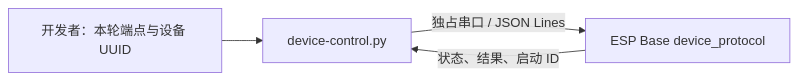
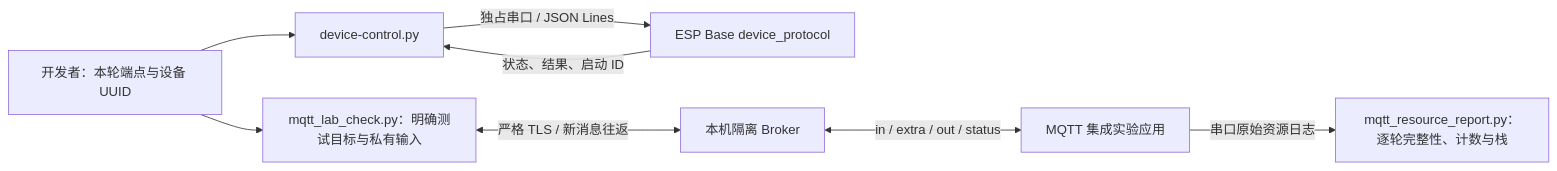
Before and after one commit to darren-you/esp-base: the diagram in tools/README.md, drawn with Mermaid. The commit also changed other lines of this file and 26 other files, not shown here.

````diff
--- a/tools/README.md
+++ b/tools/README.md
@@ -7,6 +7,10 @@
 ```mermaid
 flowchart LR
     user["开发者：本轮端点与设备 UUID"] --> cli["device-control.py"]
     cli -->|"独占串口 / JSON Lines"| firmware["ESP Base device_protocol"]
     firmware -->|"状态、结果、启动 ID"| cli
+    user --> checker["mqtt_lab_check.py：明确测试目标与私有输入"]
+    checker <-->|"严格 TLS / 新消息往返"| broker["本机隔离 Broker"]
+    broker <-->|"in / extra / out / status"| lab["MQTT 集成实验应用"]
+    lab -->|"串口原始资源日志"| report["mqtt_resource_report.py：逐轮完整性、计数与栈"]
 ```
````
